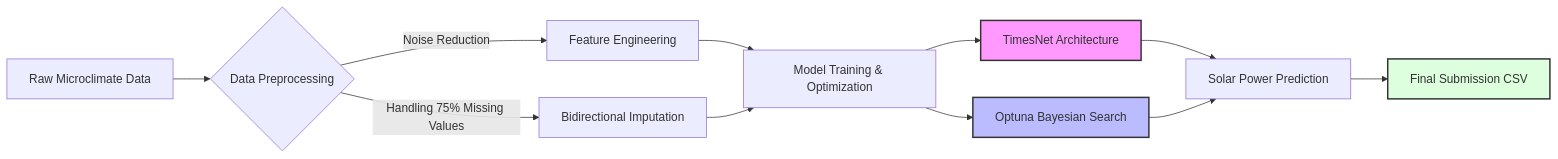
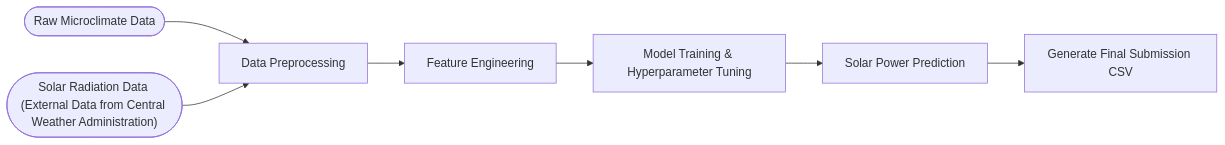
Before and after one commit to schaof/AI-Cup-2024-Power-Prediction: the diagram in README.md, drawn with Mermaid.

````diff
--- a/README.md
+++ b/README.md
@@ -5,20 +5,11 @@
 ```mermaid
 graph LR
-    A[Raw Microclimate Data] --> B{Data Preprocessing}
-    B -->|Noise Reduction| C[Feature Engineering]
-    B -->|Handling 75% Missing Values| D[Bidirectional Imputation]
-    
-    C --> E[Model Training & Optimization]
-    D --> E
-    
-    E --> F[TimesNet Architecture]
-    E --> G[Optuna Bayesian Search]
-    
-    F --> H[Solar Power Prediction]
-    G --> H
-    H --> I[Final Submission CSV]
-
-    style F fill:#f9f,stroke:#333,stroke-width:2px
-    style G fill:#bbf,stroke:#333,stroke-width:2px
-    style I fill:#dfd,stroke:#333,stroke-width:2px
+        A(["Raw Microclimate Data"])
+        B(["Solar Radiation Data (External Data from Central Weather Administration)"])
+        A --> C["Data Preprocessing"]
+        B --> C
+        C --> D["Feature Engineering"]
+        D --> E["Model Training & Hyperparameter Tuning"]
+        E --> F["Solar Power Prediction"]
+        F --> G["Generate Final Submission CSV"]
 ```
````
